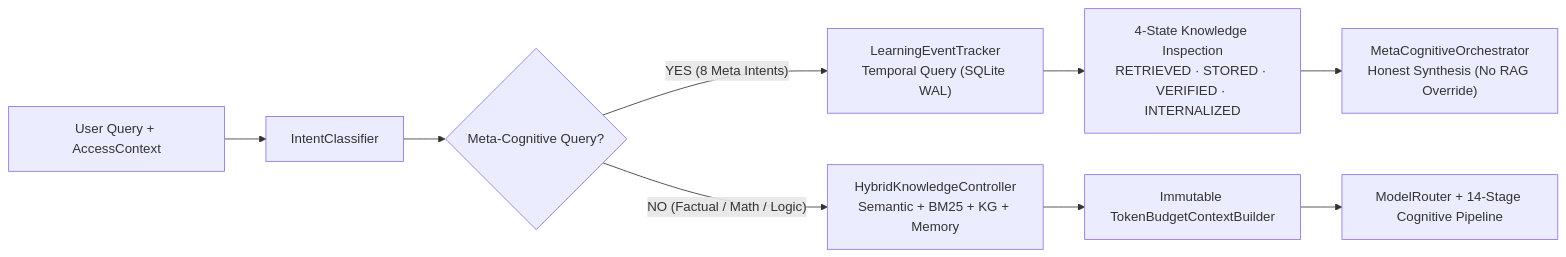
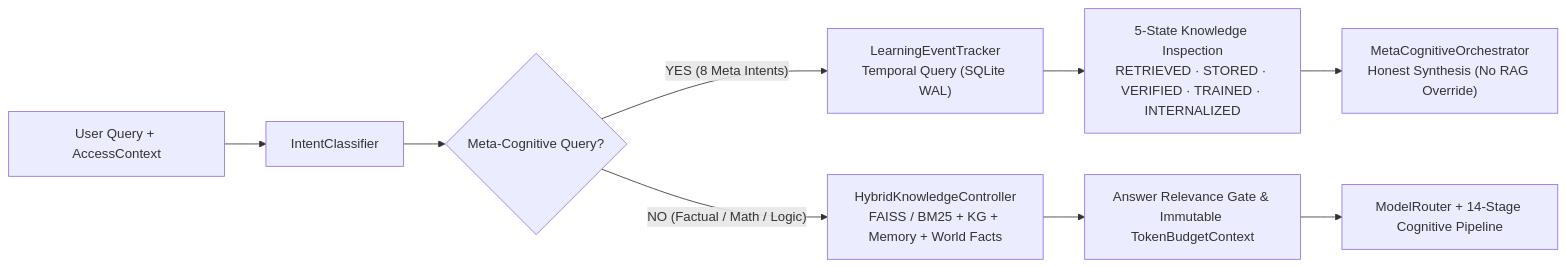
Before and after one commit to hoed/gajahmada-ai: the second of 5 diagrams in README.md, drawn with Mermaid. The commit also changed other lines of this file and 20 other files, not shown here.

Commit message:
update architecture and evolution

````diff
--- a/README.md
+++ b/README.md
@@ -96,13 +102,13 @@
 ```mermaid
 flowchart LR
     UQ["User Query + AccessContext"] --> IC["IntentClassifier"]
     IC --> CHK{"Meta-Cognitive Query?"}
 
     CHK -->|"YES (8 Meta Intents)"| TR["LearningEventTracker<br/>Temporal Query (SQLite WAL)"]
-    TR --> KS["4-State Knowledge Inspection<br/>RETRIEVED · STORED · VERIFIED · INTERNALIZED"]
+    TR --> KS["5-State Knowledge Inspection<br/>RETRIEVED · STORED · VERIFIED · TRAINED · INTERNALIZED"]
     KS --> MS["MetaCognitiveOrchestrator<br/>Honest Synthesis (No RAG Override)"]
 
-    CHK -->|"NO (Factual / Math / Logic)"| HK["HybridKnowledgeController<br/>Semantic + BM25 + KG + Memory"]
-    HK --> TB["Immutable TokenBudgetContextBuilder"]
-    TB --> MR["ModelRouter + 14-Stage Cognitive Pipeline"]
+    CHK -->|"NO (Factual / Math / Logic)"| HK["HybridKnowledgeController<br/>FAISS / BM25 + KG + Memory + World Facts"]
+    HK --> RG["Answer Relevance Gate & Immutable TokenBudgetContext"]
+    RG --> MR["ModelRouter + 14-Stage Cognitive Pipeline"]
 ```
````
